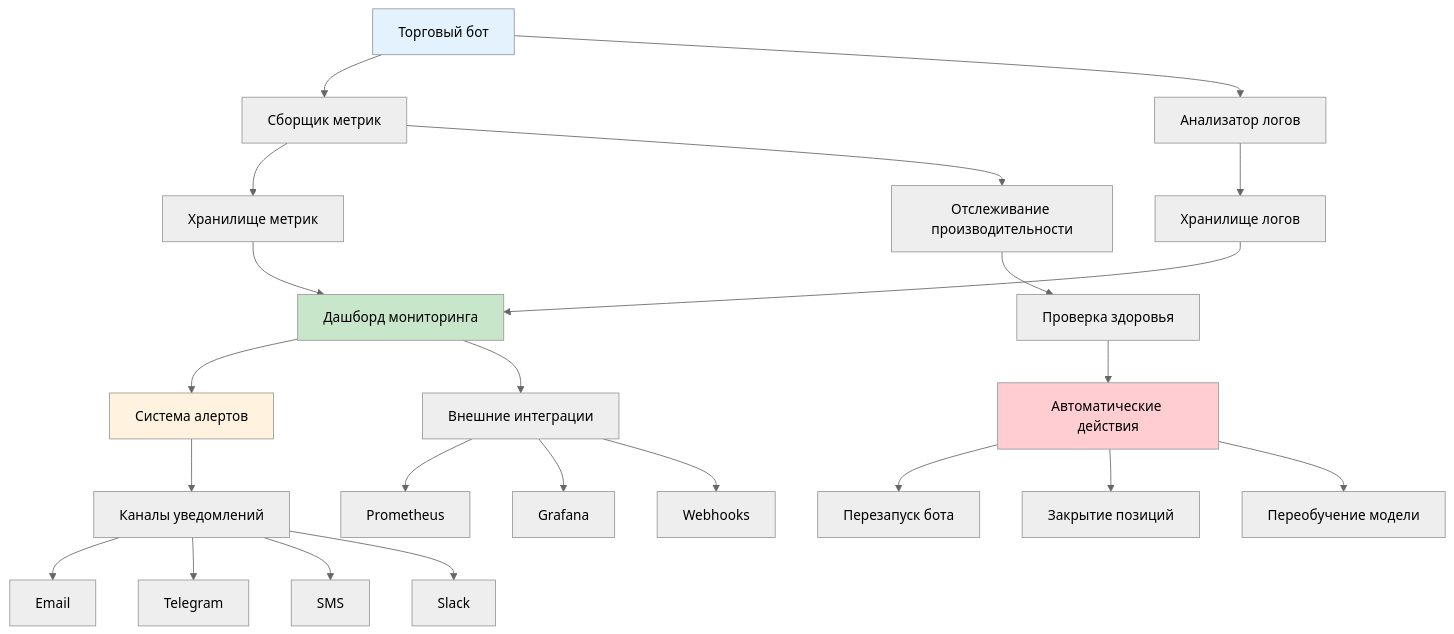
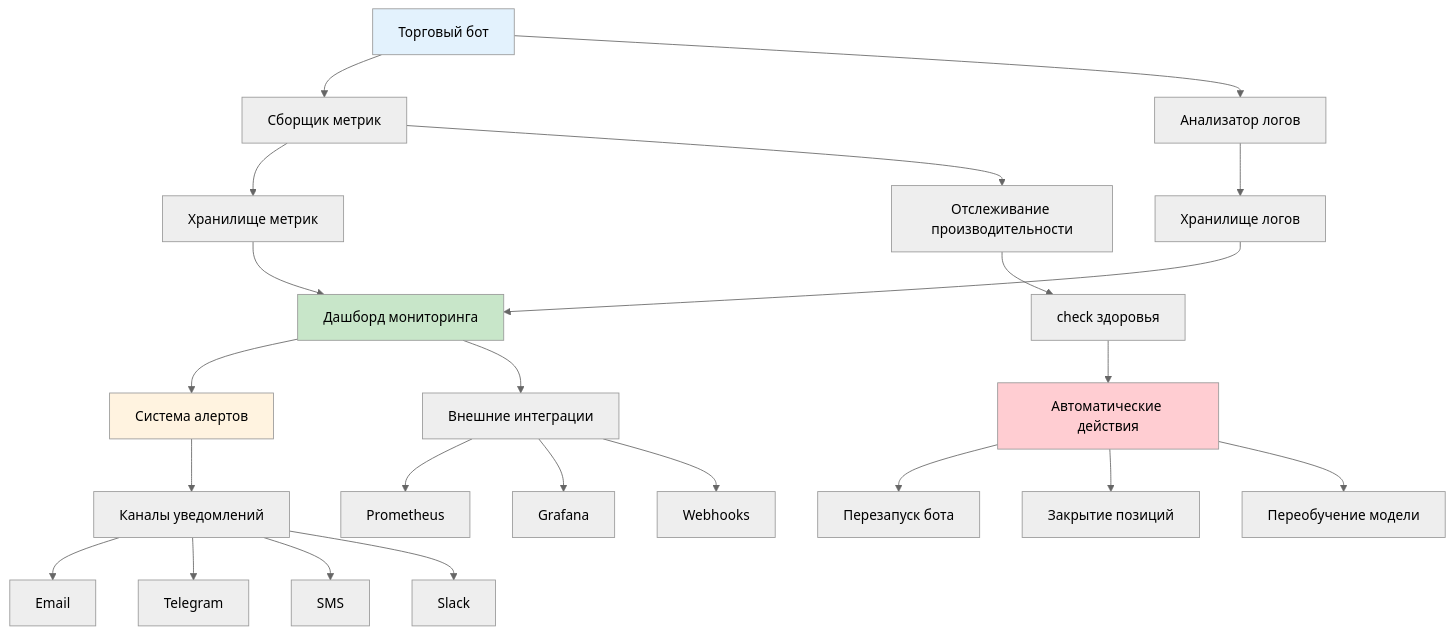
Before and after one commit to NeoZorK/neozork-hld-prediction: the first of 8 diagrams in docs/automl/gluon/27_trading_bot_monitoring.md, drawn with Mermaid (neutral theme). The commit also changed other lines of this file and 19 other files, not shown here.

````diff
--- a/docs/automl/gluon/27_trading_bot_monitoring.md
+++ b/docs/automl/gluon/27_trading_bot_monitoring.md
@@ -38,37 +38,37 @@
 ```mermaid
 graph TD
-    A[Торговый бот] --> B[Сборщик метрик]
-    A --> C[Анализатор логов]
-    
-    B --> D[Хранилище метрик]
-    C --> E[Хранилище логов]
-    
-    D --> F[Дашборд мониторинга]
-    E --> F
-    
-    F --> G[Система алертов]
-    G --> H[Каналы уведомлений]
-    
-    H --> I[Email]
-    H --> J[Telegram]
-    H --> K[SMS]
-    H --> L[Slack]
-    
-    B --> M[Отслеживание производительности]
-    M --> N[Проверка здоровья]
-    
-    N --> O[Автоматические действия]
-    O --> P[Перезапуск бота]
-    O --> Q[Закрытие позиций]
-    O --> R[Переобучение модели]
-    
-    F --> S[Внешние интеграции]
-    S --> T[Prometheus]
-    S --> U[Grafana]
-    S --> V[Webhooks]
-    
-    style A fill:#e3f2fd
-    style F fill:#c8e6c9
-    style G fill:#fff3e0
-    style O fill:#ffcdd2
+ A[Торговый бот] --> B[Сборщик метрик]
+ A --> C[Анализатор логов]
+
+ B --> D[Хранилище метрик]
+ C --> E[Хранилище логов]
+
+ D --> F[Дашборд мониторинга]
+ E --> F
+
+ F --> G[Система алертов]
+ G --> H[Каналы уведомлений]
+
+ H --> I[Email]
+ H --> J[Telegram]
+ H --> K[SMS]
+ H --> L[Slack]
+
+ B --> M[Отслеживание производительности]
+ M --> N[check здоровья]
+
+ N --> O[Автоматические действия]
+ O --> P[Перезапуск бота]
+ O --> Q[Закрытие позиций]
+ O --> R[Переобучение модели]
+
+ F --> S[Внешние интеграции]
+ S --> T[Prometheus]
+ S --> U[Grafana]
+ S --> V[Webhooks]
+
+ style A fill:#e3f2fd
+ style F fill:#c8e6c9
+ style G fill:#fff3e0
+ style O fill:#ffcdd2
 ```
````
